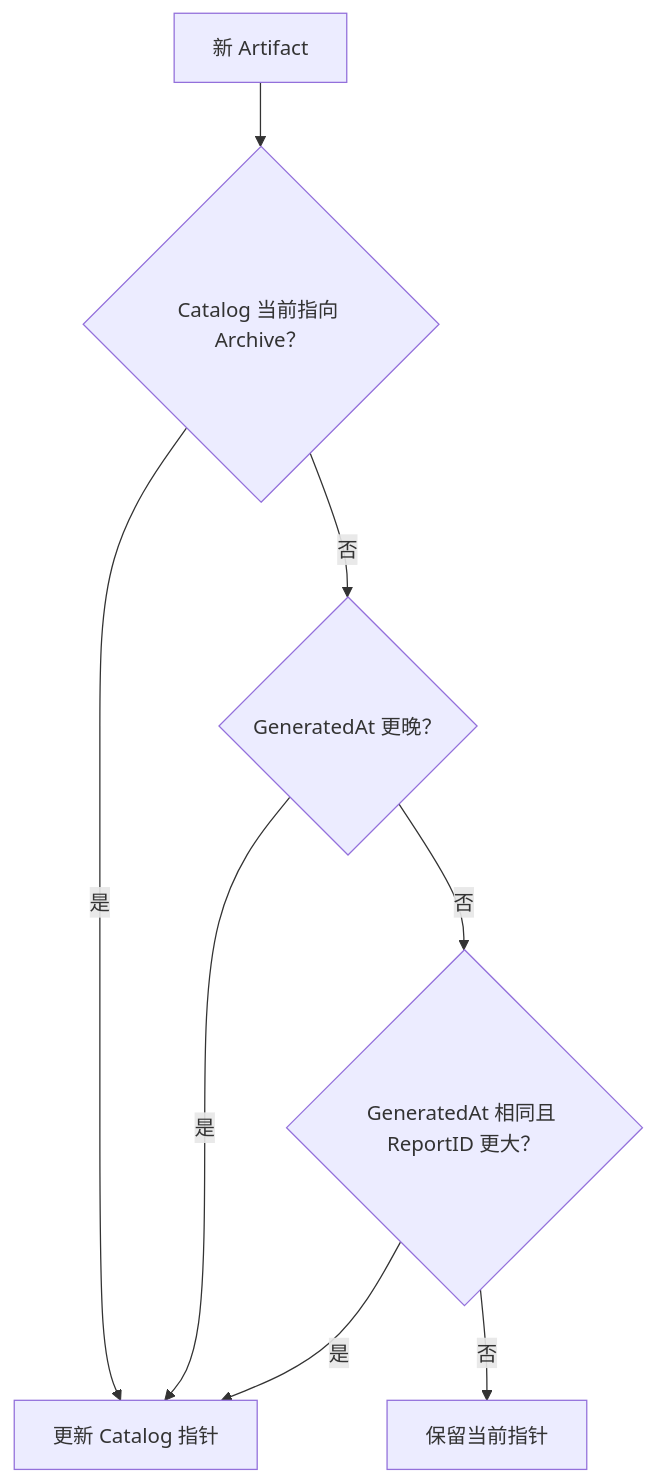
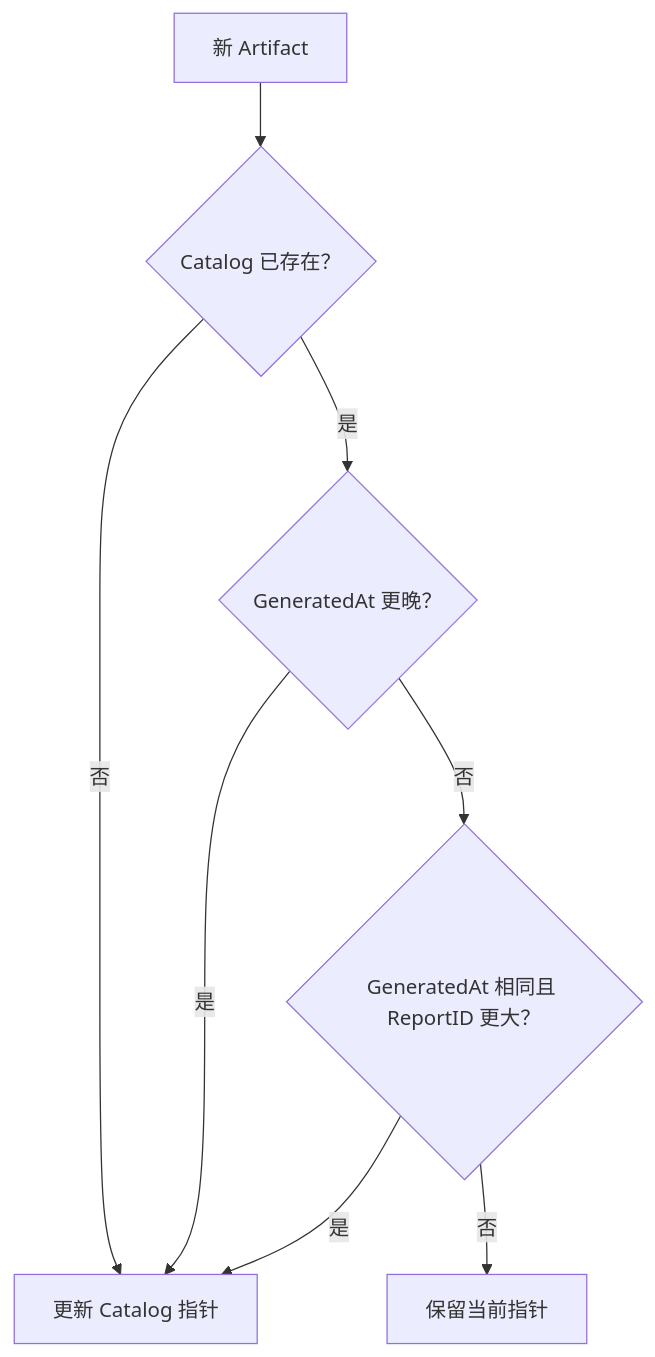
Before and after one commit to FangcunMount/qs-server: the third of 4 diagrams in docs/02-业务模块/40-interpretation/23-核心设计-报告成品、版本与数据一致性.md, drawn with Mermaid. The commit also changed other lines of this file and 50 other files, not shown here.

````diff
--- a/docs/02-业务模块/40-interpretation/23-核心设计-报告成品、版本与数据一致性.md
+++ b/docs/02-业务模块/40-interpretation/23-核心设计-报告成品、版本与数据一致性.md
@@ -397,17 +381,17 @@
 ```mermaid
 flowchart TD
     New["新 Artifact"]
-    Archive{"Catalog 当前指向 Archive？"}
+    Exists{"Catalog 已存在？"}
     Later{"GeneratedAt 更晚？"}
     Tie{"GeneratedAt 相同且 ReportID 更大？"}
     Replace["更新 Catalog 指针"]
     Keep["保留当前指针"]
 
-    New --> Archive
-    Archive -- 是 --> Replace
-    Archive -- 否 --> Later
+    New --> Exists
+    Exists -- 否 --> Replace
+    Exists -- 是 --> Later
     Later -- 是 --> Replace
     Later -- 否 --> Tie
     Tie -- 是 --> Replace
     Tie -- 否 --> Keep
 ```
````
